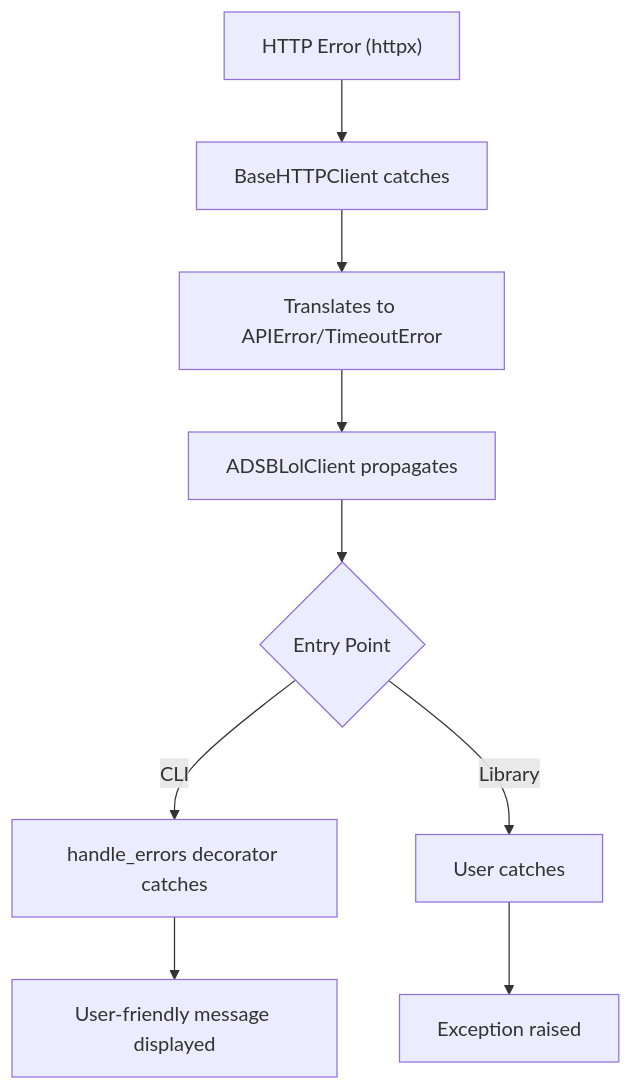
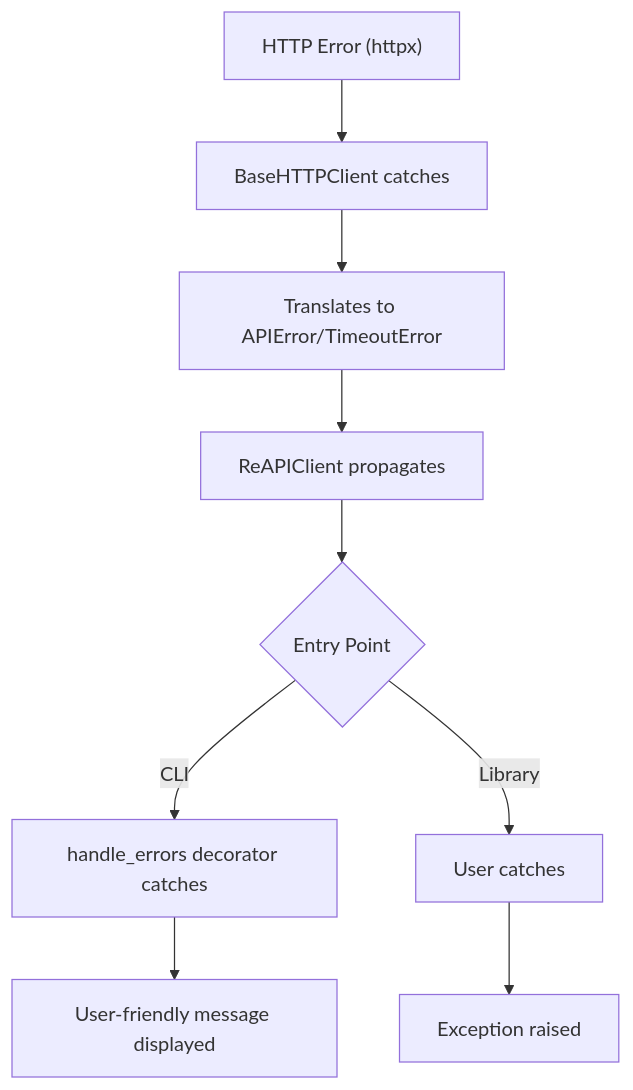
One commit to tedivm/skysnoop changed the third of 3 diagrams in docs/dev/architecture.md. Above: the diagram before and after it, drawn with Mermaid. The commit also changed other lines of this file and 59 other files, not shown here.

````diff
--- a/docs/dev/architecture.md
+++ b/docs/dev/architecture.md
@@ -220,11 +220,11 @@
 ```mermaid
 flowchart TD
     A["HTTP Error (httpx)"] --> B["BaseHTTPClient catches"]
     B --> C["Translates to APIError/TimeoutError"]
-    C --> D["ADSBLolClient propagates"]
+    C --> D["ReAPIClient propagates"]
     D --> E{"Entry Point"}
     E -->|CLI| F["handle_errors decorator catches"]
     E -->|Library| G["User catches"]
     F --> H["User-friendly message displayed"]
     G --> I["Exception raised"]
 ```
````
